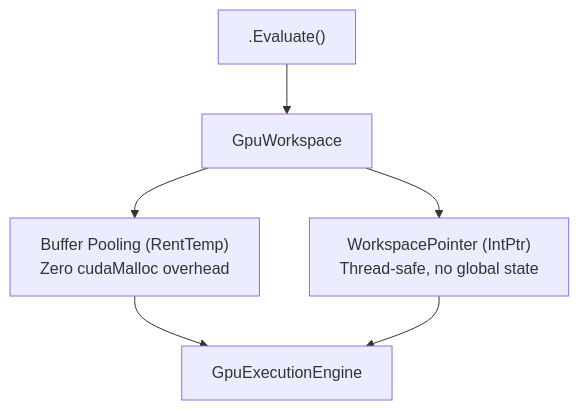
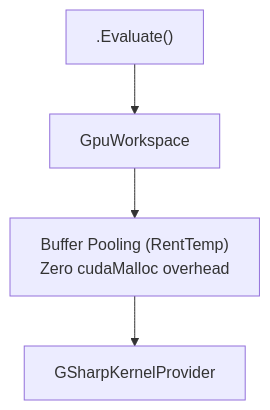
One commit to kassyi/Henicos changed the second of 3 diagrams in docs/spec/en/02_architecture/04_bignum_internals.md. Above: the diagram before and after it, drawn with Mermaid. The commit also changed other lines of this file and 5 other files, not shown here.

First line of the commit message:
docs(spec): remove native provider and legacy native engine specifications

````diff
--- a/docs/spec/en/02_architecture/04_bignum_internals.md
+++ b/docs/spec/en/02_architecture/04_bignum_internals.md
@@ -222,8 +220,6 @@
 ```mermaid
 flowchart TD
     Eval[".Evaluate()"] --> Ctx["GpuWorkspace"]
     Ctx --> Pool["Buffer Pooling (RentTemp)\nZero cudaMalloc overhead"]
-    Ctx --> Workspace["WorkspacePointer (IntPtr)\nThread-safe, no global state"]
-    Pool --> Engine["GpuExecutionEngine"]
-    Workspace --> Engine
+    Pool --> Engine["GSharpKernelProvider"]
 ```
````
